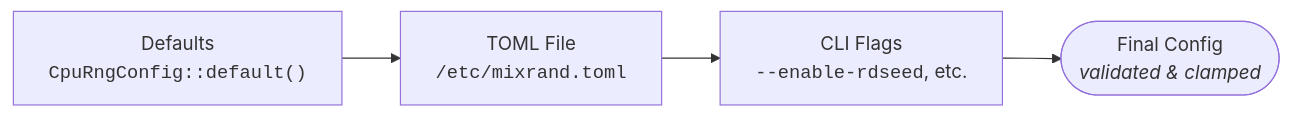
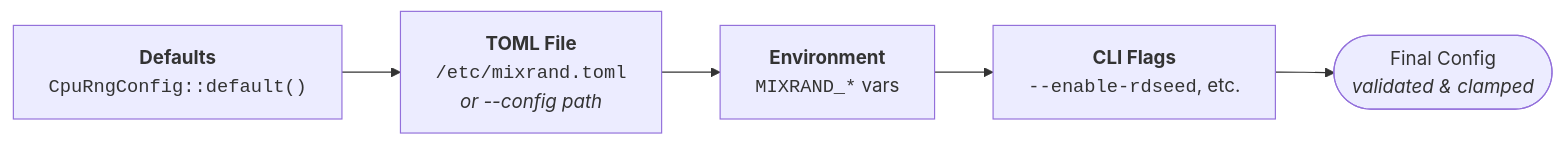
One commit to sonoransun/entropy-svc changed the seventh of 7 diagrams in README.md. Above: the diagram before and after it, drawn with Mermaid. The commit also changed other lines of this file and 19 other files, not shown here.

````diff
--- a/README.md
+++ b/README.md
@@ -163,6 +253,9 @@
 ```mermaid
 flowchart LR
-    D["Defaults<br/><code>CpuRngConfig::default()</code>"] --> T["TOML File<br/><code>/etc/mixrand.toml</code>"]
-    T --> C["CLI Flags<br/><code>--enable-rdseed</code>, etc."]
-    C --> Final(["Final Config<br/><i>validated & clamped</i>"])
+    D["<b>Defaults</b><br/><code>CpuRngConfig::default()</code>"]
+    T["<b>TOML File</b><br/><code>/etc/mixrand.toml</code><br/><i>or --config path</i>"]
+    E["<b>Environment</b><br/><code>MIXRAND_*</code> vars"]
+    C["<b>CLI Flags</b><br/><code>--enable-rdseed</code>, etc."]
+
+    D --> T --> E --> C --> Final(["Final Config<br/><i>validated & clamped</i>"])
 ```
````
